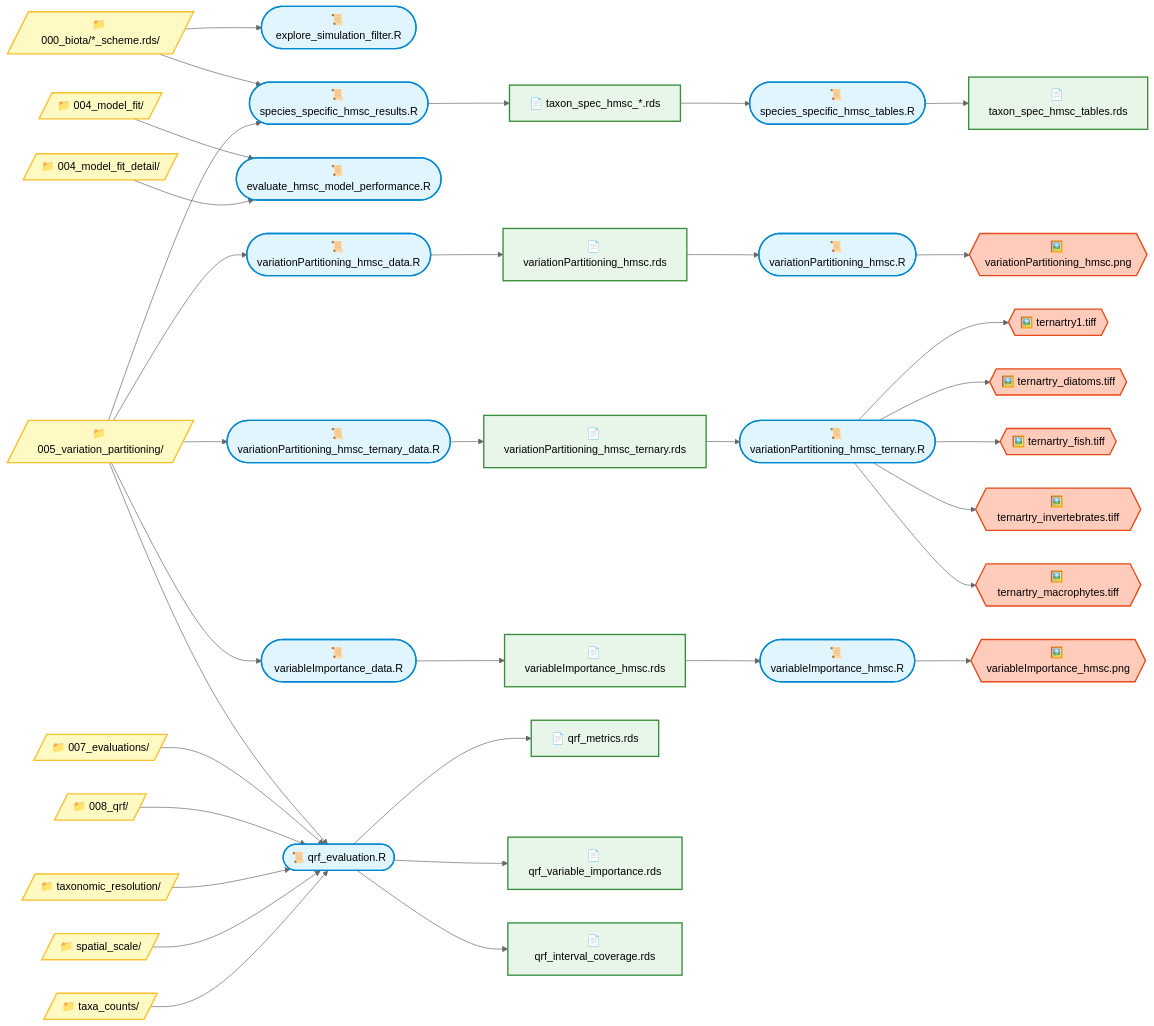
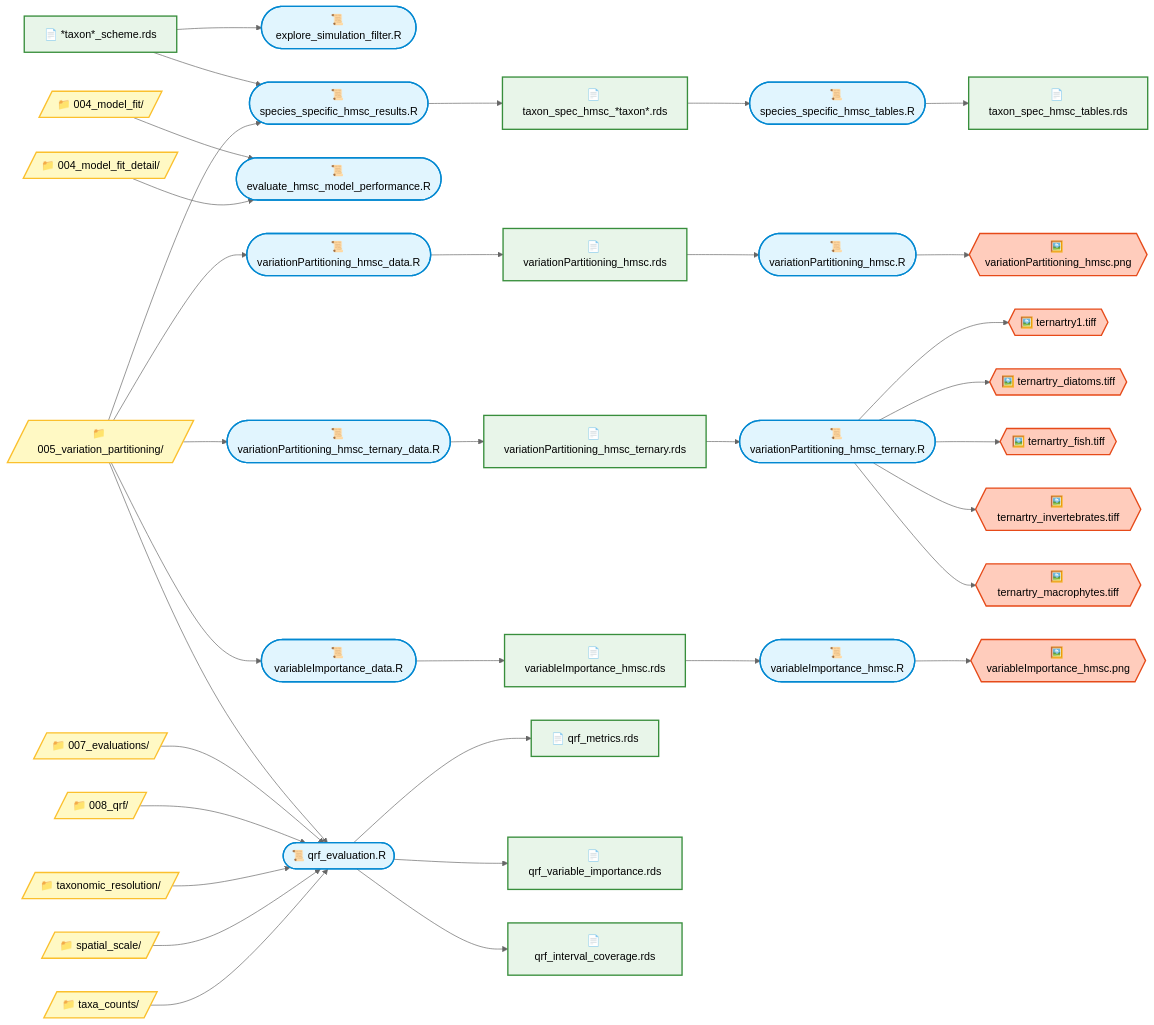
The third of 4 diagrams in docs/04_results_to_paper.md (JonJup/FreshwaterTypologyBenchmarks), drawn with Mermaid (neutral theme) before and after one commit.

Commit message:
small fix

```diff
--- a/docs/04_results_to_paper.md
+++ b/docs/04_results_to_paper.md
@@ -139,8 +139,9 @@
 classDef folder fill:#FFF9C4,stroke:#FBC02D,stroke-width:2px,color:#000
 classDef figure fill:#FFCCBC,stroke:#E64A19,stroke-width:2px,color:#000
 
+
+
 %% Folders
-D1[/"📁 000_biota/*_scheme.rds/"/]:::folder
 D2[/"📁 004_model_fit/"/]:::folder
 D3[/"📁 004_model_fit_detail/"/]:::folder
 D4[/"📁 005_variation_partitioning/"/]:::folder
@@ -166,7 +167,7 @@
 SF3(["📜 variableImportance_hmsc.R"]):::script
 
 %% Files
-F1["📄 taxon_spec_hmsc_*.rds"]:::file
+F1["📄 taxon_spec_hmsc_*taxon*.rds"]:::file
 F2["📄 taxon_spec_hmsc_tables.rds"]:::file
 F3["📄 variationPartitioning_hmsc.rds"]:::file
 F4["📄 variationPartitioning_hmsc_ternary.rds"]:::file
@@ -174,6 +175,7 @@
 F6["📄 qrf_metrics.rds"]:::file
 F7["📄 qrf_variable_importance.rds"]:::file
 F8["📄 qrf_interval_coverage.rds"]:::file
+F9["📄 *taxon*_scheme.rds"]:::file
 
 %% Figures
 G1{{"🖼️ variationPartitioning_hmsc.png"}}:::figure
@@ -185,8 +187,8 @@
 G7{{"🖼️ variableImportance_hmsc.png"}}:::figure
 
 %% Edges
-D1 --> S1
-D1 --> S2
+F9 --> S1
+F9 --> S2
 D2 --> S3
 D3 --> S3
 D4 --> S2
```
